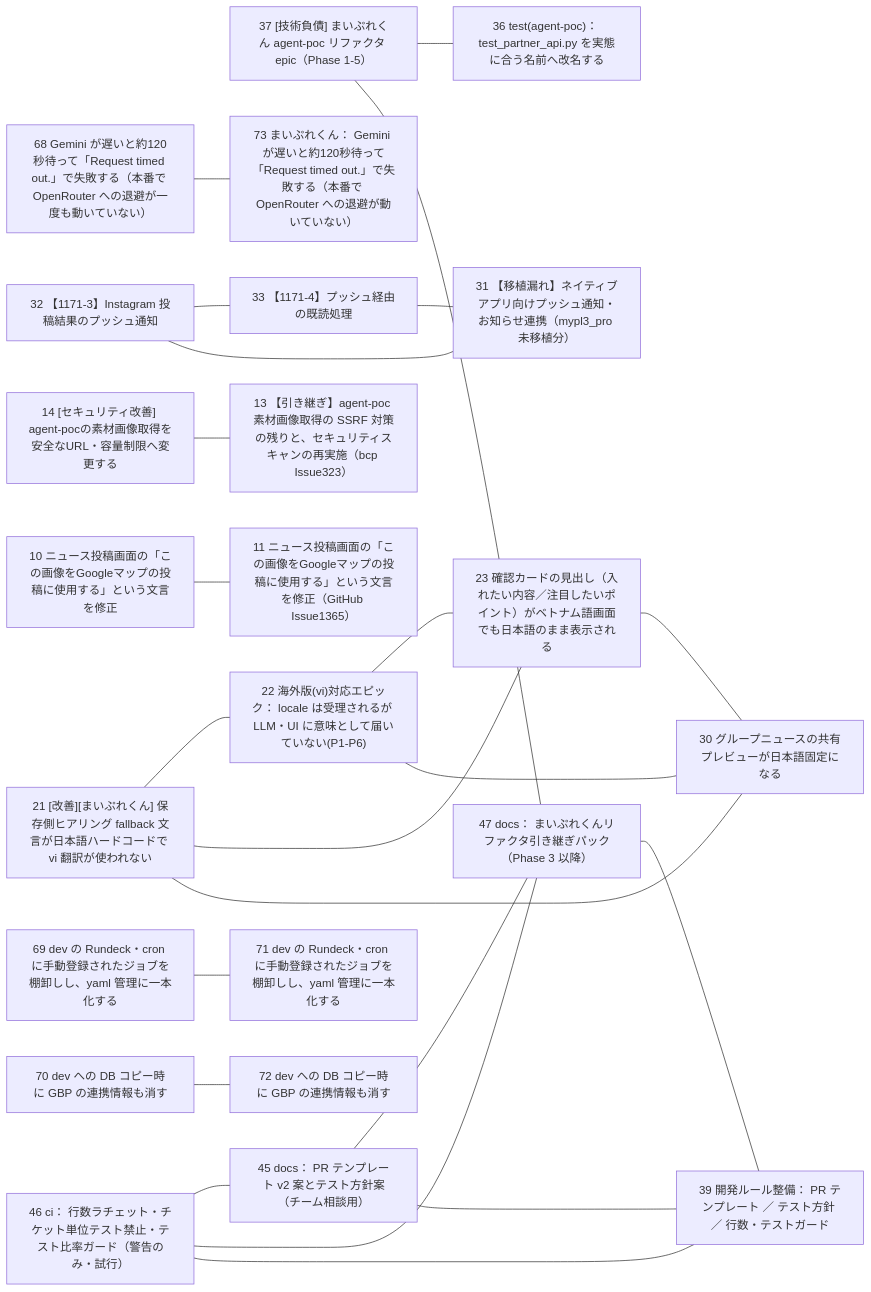
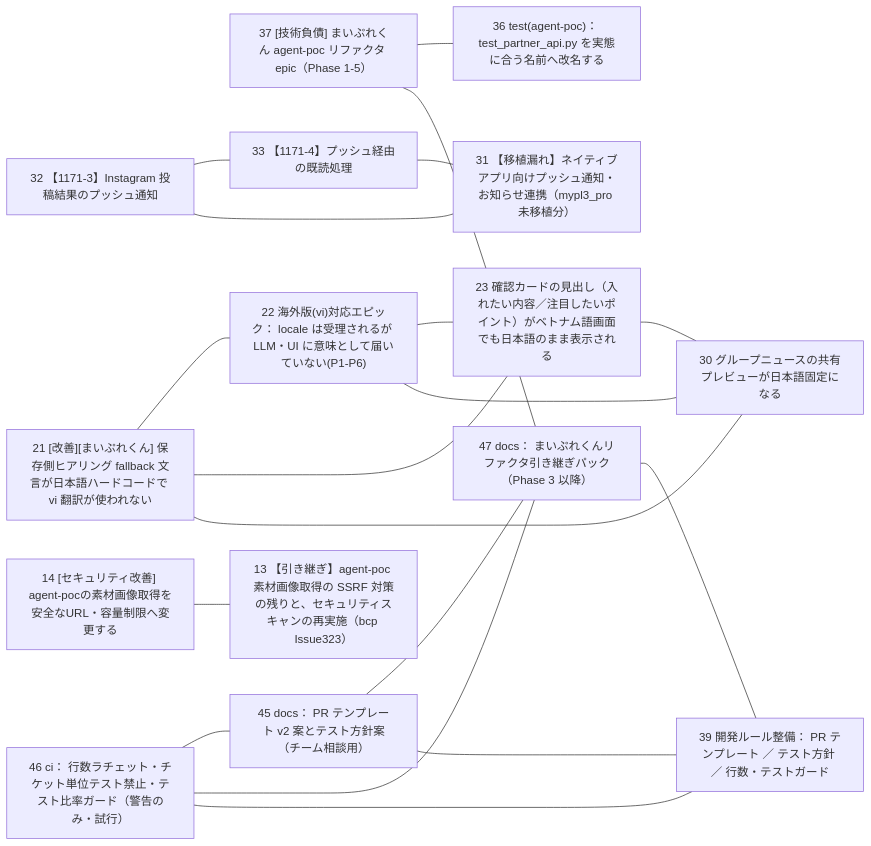
One commit to FLNYoshidaRyuta/task_management changed the diagram in tasks/関連図.md. Above: the diagram before and after it, drawn with Mermaid. The commit also changed 94 other files, not shown here.

````diff
--- a/tasks/関連図.md
+++ b/tasks/関連図.md
@@ -3,48 +3,36 @@
 ```mermaid
 flowchart LR
-    T0["68 Gemini が遅いと約120秒待って「Request timed out.」で失敗する（本番で OpenRouter への退避が一度も動いていない）"]
-    T1["37 [技術負債] まいぷれくん agent-poc リファクタ epic（Phase 1-5）"]
-    T2["36 test(agent-poc)： test_partner_api.py を実態に合う名前へ改名する"]
-    T3["21 [改善][まいぷれくん] 保存側ヒアリング fallback 文言が日本語ハードコードで vi 翻訳が使われない"]
-    T4["73 まいぷれくん： Gemini が遅いと約120秒待って「Request timed out.」で失敗する（本番で OpenRouter への退避が動いていない）"]
-    T5["22 海外版(vi)対応エピック： locale は受理されるが LLM・UI に意味として届いていない(P1-P6)"]
-    T6["23 確認カードの見出し（入れたい内容／注目したいポイント）がベトナム語画面でも日本語のまま表示される"]
-    T7["32 【1171-3】Instagram 投稿結果のプッシュ通知"]
-    T8["33 【1171-4】プッシュ経由の既読処理"]
-    T9["31 【移植漏れ】ネイティブアプリ向けプッシュ通知・お知らせ連携（mypl3_pro 未移植分）"]
-    T10["30 グループニュースの共有プレビューが日本語固定になる"]
-    T11["14 [セキュリティ改善] agent-pocの素材画像取得を安全なURL・容量制限へ変更する"]
-    T12["13 【引き継ぎ】agent-poc 素材画像取得の SSRF 対策の残りと、セキュリティスキャンの再実施（bcp Issue323）"]
-    T13["10 ニュース投稿画面の「この画像をGoogleマップの投稿に使用する」という文言を修正"]
-    T14["11 ニュース投稿画面の「この画像をGoogleマップの投稿に使用する」という文言を修正（GitHub Issue1365）"]
-    T15["69 dev の Rundeck・cron に手動登録されたジョブを棚卸しし、yaml 管理に一本化する"]
-    T16["70 dev への DB コピー時に GBP の連携情報も消す"]
-    T17["46 ci： 行数ラチェット・チケット単位テスト禁止・テスト比率ガード（警告のみ・試行）"]
-    T18["71 dev の Rundeck・cron に手動登録されたジョブを棚卸しし、yaml 管理に一本化する"]
-    T19["72 dev への DB コピー時に GBP の連携情報も消す"]
-    T20["45 docs： PR テンプレート v2 案とテスト方針案（チーム相談用）"]
-    T21["47 docs： まいぷれくんリファクタ引き継ぎパック（Phase 3 以降）"]
-    T22["39 開発ルール整備： PR テンプレート ／ テスト方針 ／ 行数・テストガード"]
-    T0 --- T4
-    T1 --- T2
-    T1 --- T21
-    T3 --- T5
-    T3 --- T6
-    T3 --- T10
+    T0["37 [技術負債] まいぷれくん agent-poc リファクタ epic（Phase 1-5）"]
+    T1["36 test(agent-poc)： test_partner_api.py を実態に合う名前へ改名する"]
+    T2["21 [改善][まいぷれくん] 保存側ヒアリング fallback 文言が日本語ハードコードで vi 翻訳が使われない"]
+    T3["22 海外版(vi)対応エピック： locale は受理されるが LLM・UI に意味として届いていない(P1-P6)"]
+    T4["23 確認カードの見出し（入れたい内容／注目したいポイント）がベトナム語画面でも日本語のまま表示される"]
+    T5["32 【1171-3】Instagram 投稿結果のプッシュ通知"]
+    T6["33 【1171-4】プッシュ経由の既読処理"]
+    T7["31 【移植漏れ】ネイティブアプリ向けプッシュ通知・お知らせ連携（mypl3_pro 未移植分）"]
+    T8["30 グループニュースの共有プレビューが日本語固定になる"]
+    T9["14 [セキュリティ改善] agent-pocの素材画像取得を安全なURL・容量制限へ変更する"]
+    T10["13 【引き継ぎ】agent-poc 素材画像取得の SSRF 対策の残りと、セキュリティスキャンの再実施（bcp Issue323）"]
+    T11["46 ci： 行数ラチェット・チケット単位テスト禁止・テスト比率ガード（警告のみ・試行）"]
+    T12["45 docs： PR テンプレート v2 案とテスト方針案（チーム相談用）"]
+    T13["47 docs： まいぷれくんリファクタ引き継ぎパック（Phase 3 以降）"]
+    T14["39 開発ルール整備： PR テンプレート ／ テスト方針 ／ 行数・テストガード"]
+    T0 --- T1
+    T0 --- T13
+    T2 --- T3
+    T2 --- T4
+    T2 --- T8
+    T3 --- T4
+    T3 --- T8
+    T4 --- T8
     T5 --- T6
-    T5 --- T10
-    T6 --- T10
-    T7 --- T8
-    T7 --- T9
-    T8 --- T9
+    T5 --- T7
+    T6 --- T7
+    T9 --- T10
     T11 --- T12
+    T11 --- T13
+    T11 --- T14
+    T12 --- T13
+    T12 --- T14
     T13 --- T14
-    T15 --- T18
-    T16 --- T19
-    T17 --- T20
-    T17 --- T21
-    T17 --- T22
-    T20 --- T21
-    T20 --- T22
-    T21 --- T22
 ```
````
